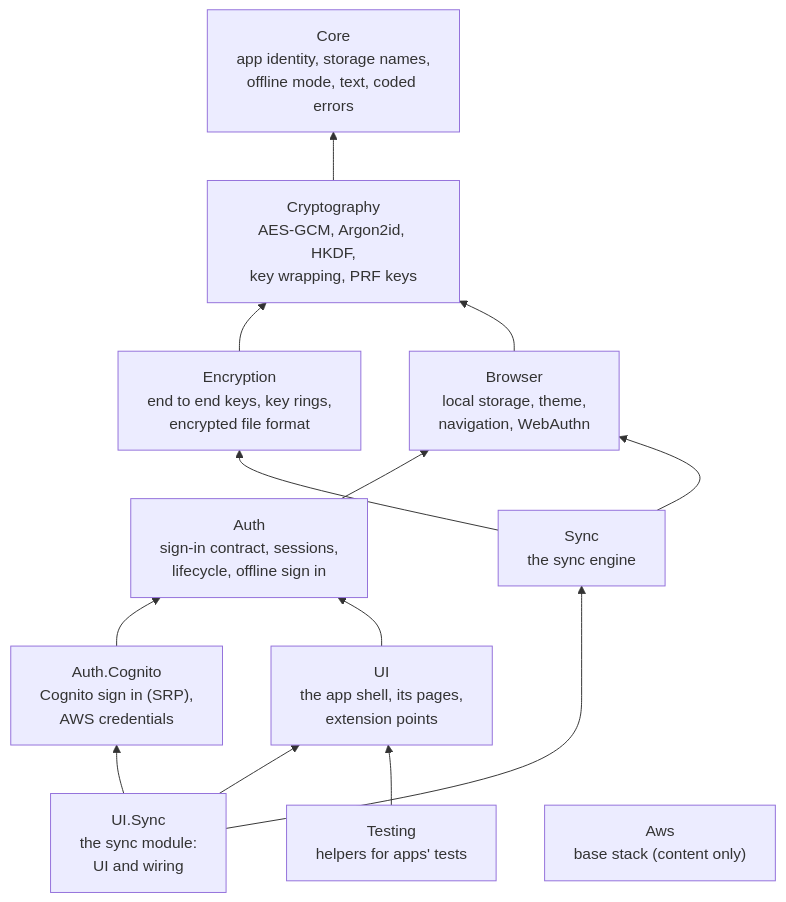
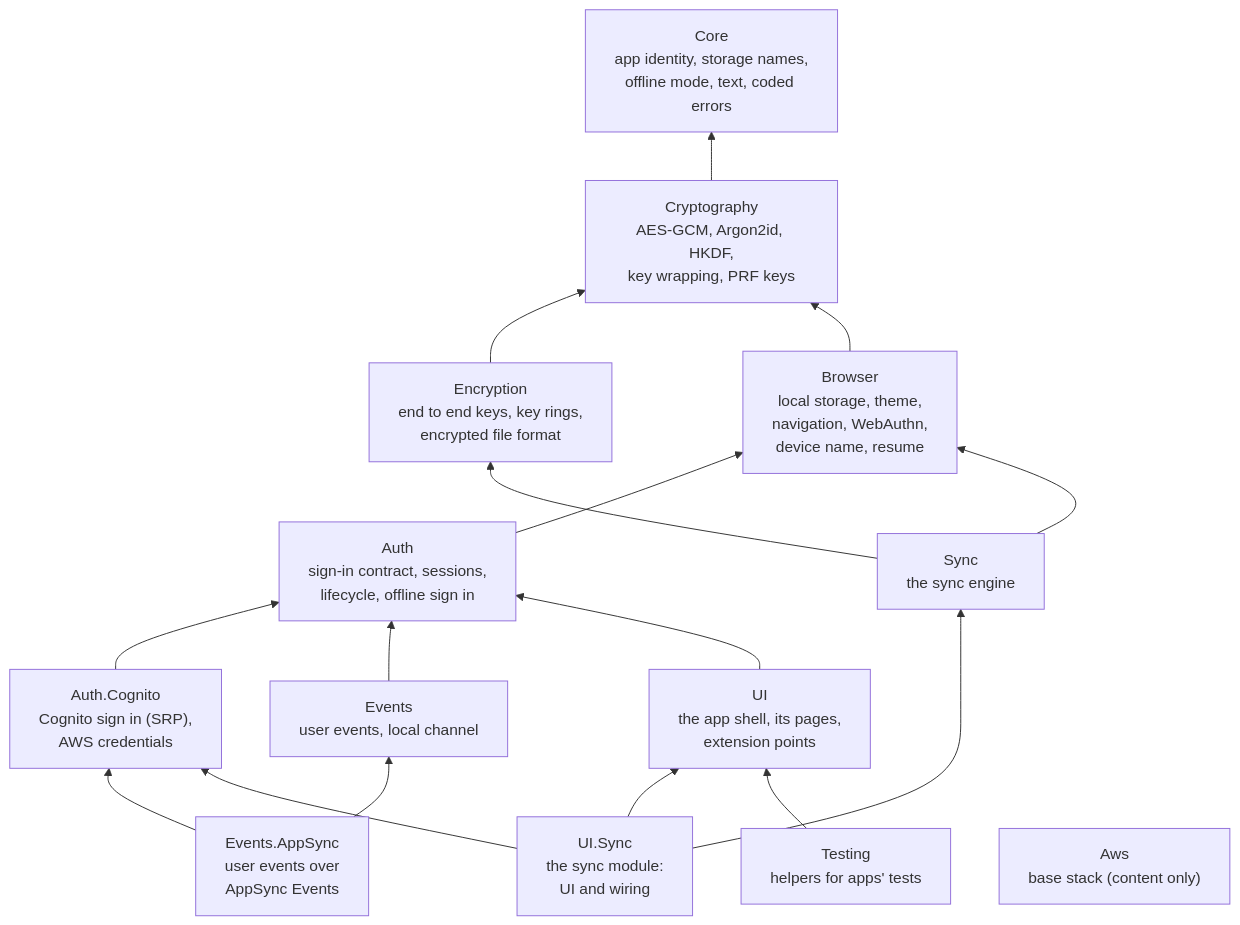
The first of 3 diagrams in docs/diagrams/overview.md (devoctomy/blazwiz), drawn with Mermaid before and after one commit. The commit also changed other lines of this file and 124 other files, not shown here.

````diff
--- a/docs/diagrams/overview.md
+++ b/docs/diagrams/overview.md
@@ -23,27 +24,32 @@
 ```mermaid
 flowchart BT
     Core["Core<br/>app identity, storage names,<br/>offline mode, text, coded errors"]
     Crypto["Cryptography<br/>AES-GCM, Argon2id, HKDF,<br/>key wrapping, PRF keys"]
     Enc["Encryption<br/>end to end keys, key rings,<br/>encrypted file format"]
-    Browser["Browser<br/>local storage, theme,<br/>navigation, WebAuthn"]
+    Browser["Browser<br/>local storage, theme,<br/>navigation, WebAuthn,<br/>device name, resume"]
     Auth["Auth<br/>sign-in contract, sessions,<br/>lifecycle, offline sign in"]
     Cognito["Auth.Cognito<br/>Cognito sign in (SRP),<br/>AWS credentials"]
+    Events["Events<br/>user events, local channel"]
+    EventsAppSync["Events.AppSync<br/>user events over<br/>AppSync Events"]
     Sync["Sync<br/>the sync engine"]
     UI["UI<br/>the app shell, its pages,<br/>extension points"]
     UISync["UI.Sync<br/>the sync module:<br/>UI and wiring"]
     Testing["Testing<br/>helpers for apps' tests"]
     Aws["Aws<br/>base stack (content only)"]
 
     Crypto --> Core
     Enc --> Crypto
     Browser --> Crypto
     Auth --> Browser
     Cognito --> Auth
+    Events --> Auth
+    EventsAppSync --> Events
+    EventsAppSync --> Cognito
     Sync --> Enc
     Sync --> Browser
     UI --> Auth
     UISync --> UI
     UISync --> Cognito
     UISync --> Sync
     Testing --> UI
 ```
````
